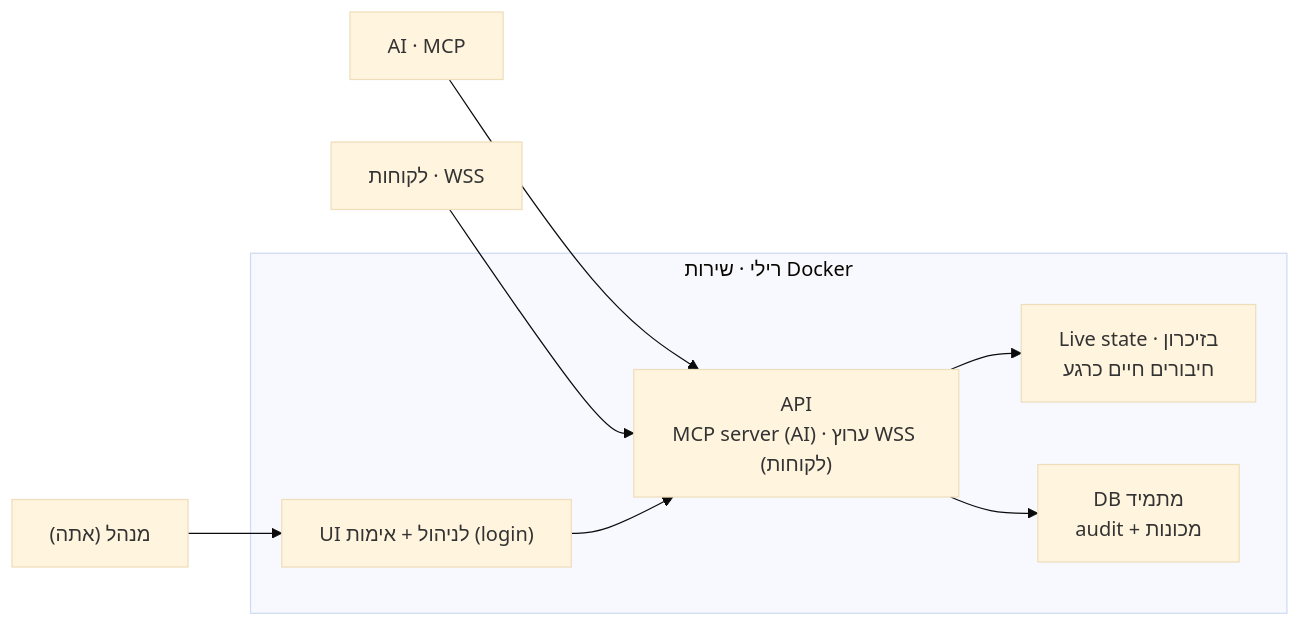
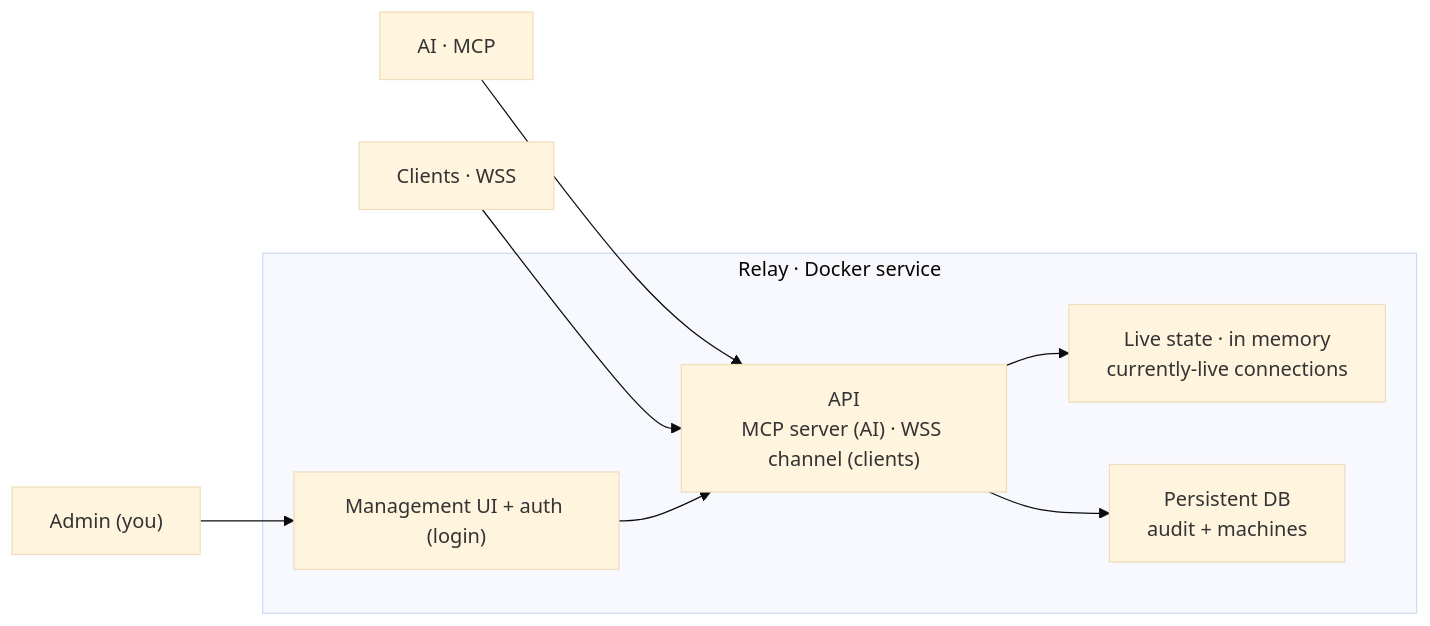
Before and after one commit to nati-m2/AiRemoteAccess: the second of 3 diagrams in docs/RELAY_ARCHITECTURE.md, drawn with Mermaid (base theme). The commit also changed other lines of this file, not shown here.

````diff
--- a/docs/RELAY_ARCHITECTURE.md
+++ b/docs/RELAY_ARCHITECTURE.md
@@ -75,11 +86,11 @@
 ```mermaid
 flowchart LR
-    Admin["מנהל (אתה)"] --> UI
+    Admin["Admin (you)"] --> UI
     AIn["AI · MCP"] --> API
-    Clients["לקוחות · WSS"] --> API
-    subgraph Relay["רילי · שירות Docker"]
-        UI["UI לניהול + אימות (login)"] --> API["API<br/>MCP server (AI) · ערוץ WSS (לקוחות)"]
-        API --> Live["Live state · בזיכרון<br/>חיבורים חיים כרגע"]
-        API --> DB["DB מתמיד<br/>audit + מכונות"]
+    Clients["Clients · WSS"] --> API
+    subgraph Relay["Relay · Docker service"]
+        UI["Management UI + auth (login)"] --> API["API<br/>MCP server (AI) · WSS channel (clients)"]
+        API --> Live["Live state · in memory<br/>currently-live connections"]
+        API --> DB["Persistent DB<br/>audit + machines"]
     end
 ```
````
